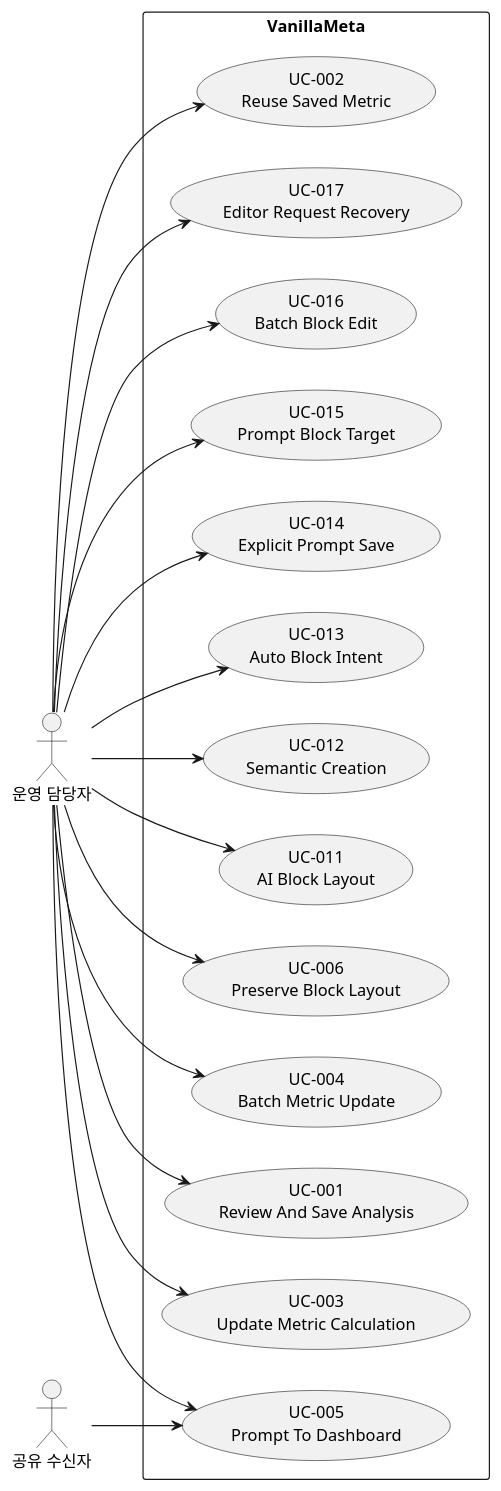
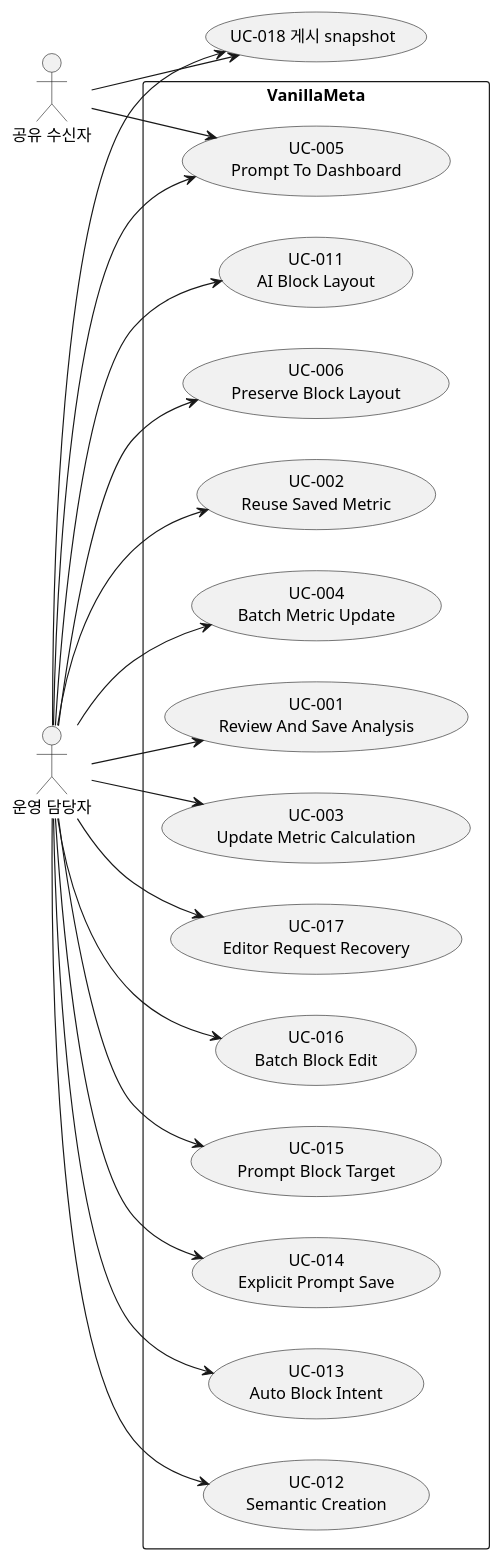
The diagram in docs/use_cases.puml (vanillabrain/vanillameta), drawn with PlantUML before and after one commit. The commit also changed 27 other files, not shown here.

```diff
--- a/docs/use_cases.puml
+++ b/docs/use_cases.puml
@@ -1,34 +1,37 @@
 @startuml
 left to right direction
 actor "운영 담당자" as operator
 rectangle "VanillaMeta" {
  usecase "UC-017\nEditor Request Recovery" as UC017
  usecase "UC-016\nBatch Block Edit" as UC016
  usecase "UC-015\nPrompt Block Target" as UC015
  usecase "UC-014\nExplicit Prompt Save" as UC014
  usecase "UC-013\nAuto Block Intent" as UC013
  usecase "UC-012\nSemantic Creation" as UC012
  usecase "UC-011\nAI Block Layout" as UC011
  usecase "UC-006\nPreserve Block Layout" as UC006
  usecase "UC-005\nPrompt To Dashboard" as UC005
  usecase "UC-004\nBatch Metric Update" as UC004
  usecase "UC-001\nReview And Save Analysis" as UC001
  usecase "UC-003\nUpdate Metric Calculation" as UC003
  usecase "UC-002\nReuse Saved Metric" as UC002
 }
 operator --> UC015
 operator --> UC014
 operator --> UC013
 operator --> UC012
 operator --> UC011
 operator --> UC006
 operator --> UC005
 actor "공유 수신자" as recipient
 recipient --> UC005
 operator --> UC004
 operator --> UC003
 operator --> UC002
 operator --> UC001
 operator --> UC016
 operator --> UC017
+usecase "UC-018 게시 snapshot" as UC018
+operator --> UC018
+recipient --> UC018
 @enduml
```
